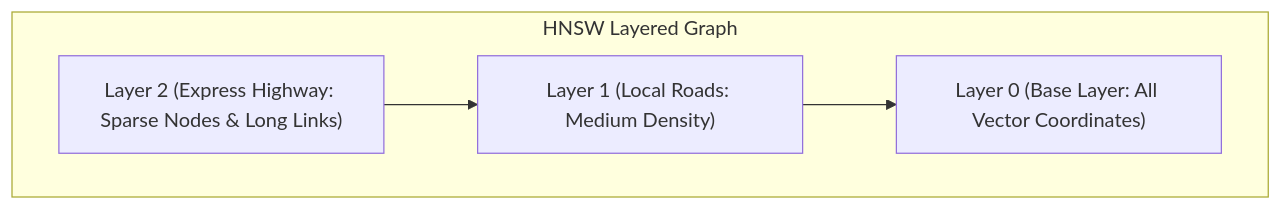
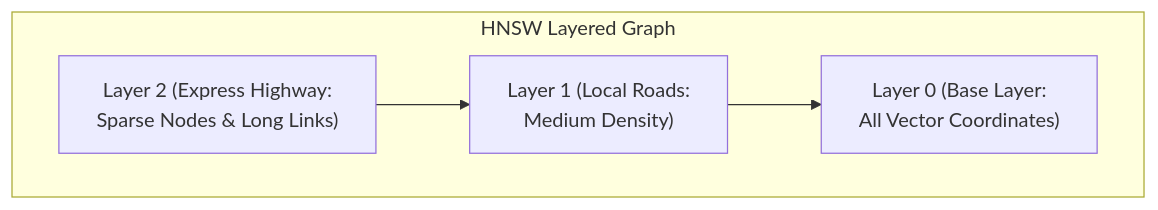
One commit to murugadossp/llm-concepts changed the diagram in apps/web/src/content/chapters/04-2-chunking.mdx. Above: the diagram before and after it, drawn with Mermaid. The commit also changed 9 other files, not shown here.

Commit message:
style: fix mermaid text clipping with br tags and implement adaptive light/dark mode css overrides

````diff
--- a/apps/web/src/content/chapters/04-2-chunking.mdx
+++ b/apps/web/src/content/chapters/04-2-chunking.mdx
@@ -70,7 +70,7 @@
 ```mermaid
 graph TD
   subgraph HNSW Layered Graph
-    L2["Layer 2 (Express Highway: Sparse Nodes & Long Links)"] --> L1["Layer 1 (Local Roads: Medium Density)"]
-    L1 --> L0["Layer 0 (Base Layer: All Vector Coordinates)"]
+    L2["Layer 2 (Express Highway:<br/>Sparse Nodes & Long Links)"] --> L1["Layer 1 (Local Roads:<br/>Medium Density)"]
+    L1 --> L0["Layer 0 (Base Layer:<br/>All Vector Coordinates)"]
   end
 ```
````
